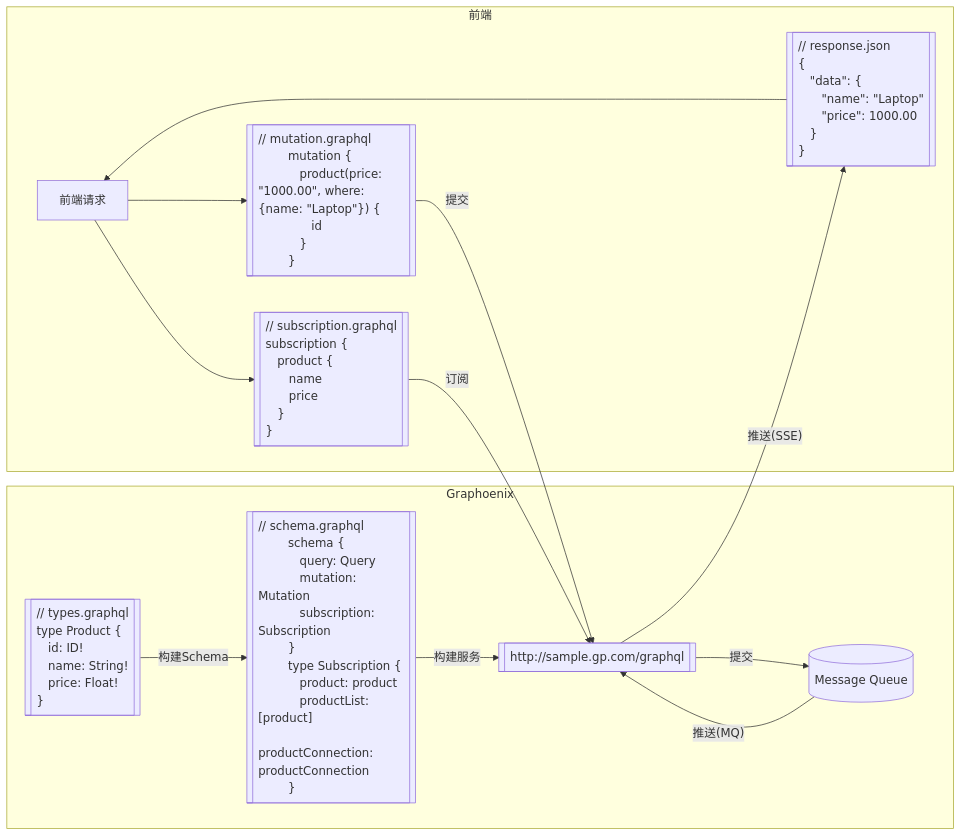
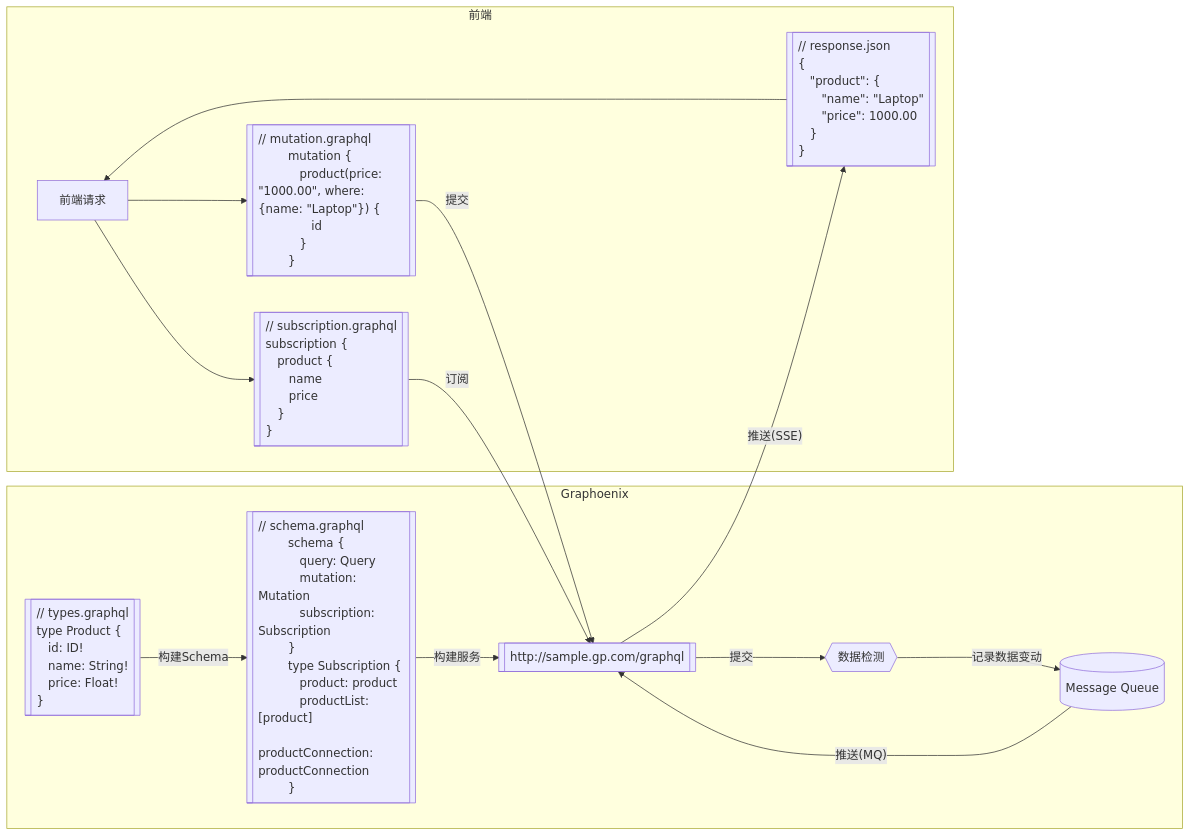
Before and after one commit to doukai/gp-doc.github.io: diagram 11 of 12 in docs/intro.md, drawn with Mermaid. The commit also changed other lines of this file and 7 other files, not shown here.

````diff
--- a/docs/intro.md
+++ b/docs/intro.md
@@ -347,58 +386,58 @@
 ```mermaid
 flowchart LR
     request --> mutation -- 提交 --> http
     request --> subscription -- 订阅 --> http
     http -- 推送(SSE) --> response --> request
     subgraph Graphoenix
         mq[(Message Queue)]
         schema[["// types.graphql
         type Product {
         &emsp;id: ID!
         &emsp;name: String!
         &emsp;price: Float!
         }"]]
         graphql[["// schema.graphql
         schema {
         &emsp;query: Query
         &emsp;mutation: Mutation
         &emsp;subscription: Subscription
         }
         type Subscription {
         &emsp;product: product
         &emsp;productList: [product]
         &emsp;productConnection: productConnection
         }"]]
         http[["http://sample.gp.com/graphql"]]
         schema -- 构建Schema --> graphql -- 构建服务 --> http
-        http -- 提交 --> mq
+        http -- 提交 --> merge{{数据检测}} -- 记录数据变动 --> mq
         mq -- 推送(MQ) --> http
     end
     subgraph 前端
         request[前端请求]
         mutation[["// mutation.graphql
         mutation {
         &emsp;product(price: &quot;1000.00&quot;, where: {name: &quot;Laptop&quot}) {
         &emsp;&emsp;id
         &emsp;}
         }"]]
         subscription[["// subscription.graphql
         subscription {
         &emsp;product {
         &emsp;&emsp;name
         &emsp;&emsp;price
         &emsp;}
         }"]]
         response[["// response.json
         {
-        &emsp;&quot;data&quot;: {
+        &emsp;&quot;product&quot;: {
         &emsp;&emsp;&quot;name&quot;: &quot;Laptop&quot;
         &emsp;&emsp;&quot;price&quot;: 1000.00
         &emsp;}
         }"]]
     end
     style schema text-align:left
     style graphql text-align:left
     style subscription text-align:left
     style mutation text-align:left
     style response text-align:left
 ```
````
